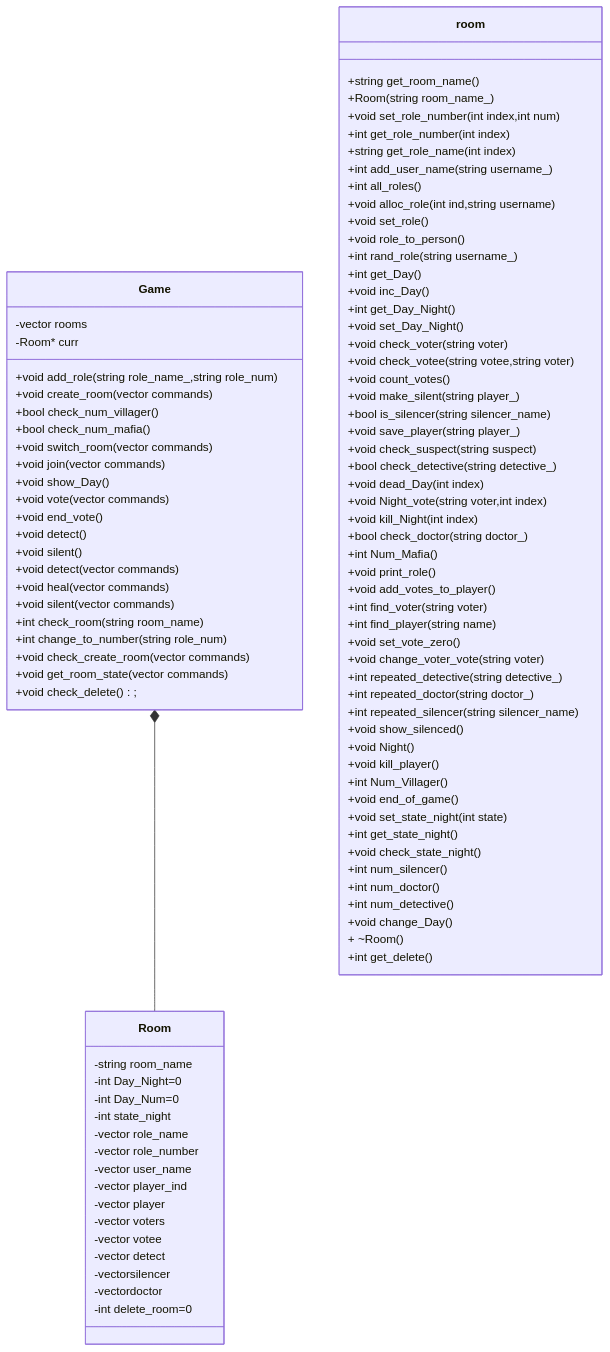
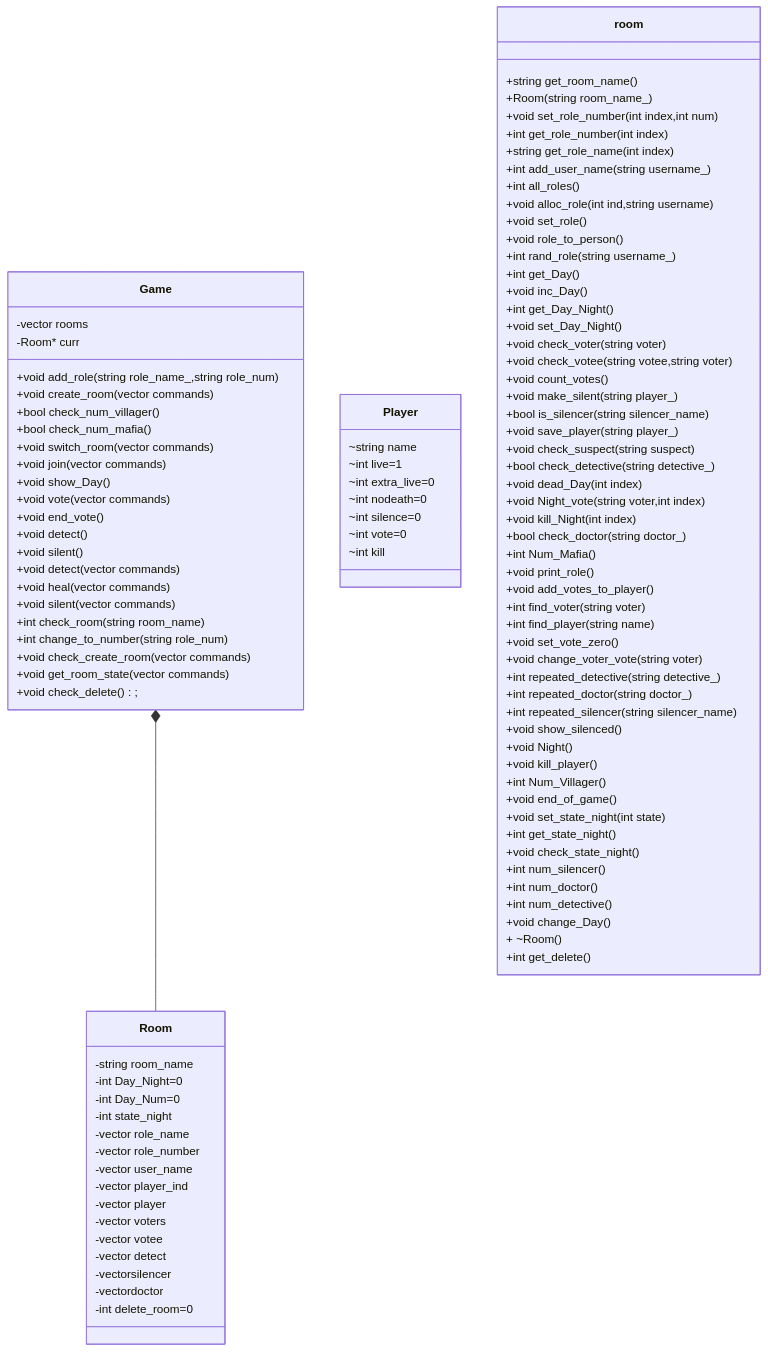
The second of 2 diagrams in README.md (NeginAz/mafia_game), drawn with Mermaid before and after one commit.

```diff
--- a/README.md
+++ b/README.md
@@ -50,20 +50,28 @@
       Game : -vector <Room*> rooms
       Game : -Room* curr
       Room : -string room_name
-   Room : -int Day_Night=0
-   Room : -int Day_Num=0
-   Room : -int state_night
-   Room : -vector <string> role_name
-   Room : -vector <int> role_number
-   Room : -vector <string> user_name
-   Room : -vector <int> player_ind
-   Room : -vector<Player*> player
-   Room : -vector <string> voters
-   Room : -vector<string> votee
-   Room : -vector<string> detect
-   Room : -vector<string>silencer
-   Room : -vector<string>doctor
-   Room : -int delete_room=0
+      Room : -int Day_Night=0
+      Room : -int Day_Num=0
+      Room : -int state_night
+      Room : -vector <string> role_name
+      Room : -vector <int> role_number
+      Room : -vector <string> user_name
+      Room : -vector <int> player_ind
+      Room : -vector<Player*> player
+      Room : -vector <string> voters
+      Room : -vector<string> votee
+      Room : -vector<string> detect
+      Room : -vector<string>silencer
+      Room : -vector<string>doctor
+      Room : -int delete_room=0
+      Player: ~string name
+      Player: ~int live=1
+      Player: ~int extra_live=0
+      Player: ~int nodeath=0
+      Player: ~int silence=0 
+      Player: ~int vote=0 
+      Player: ~int kill
+      
 class Game{
       +void  add_role(string role_name_,string role_num)
       +void create_room(vector <string> commands)
```
